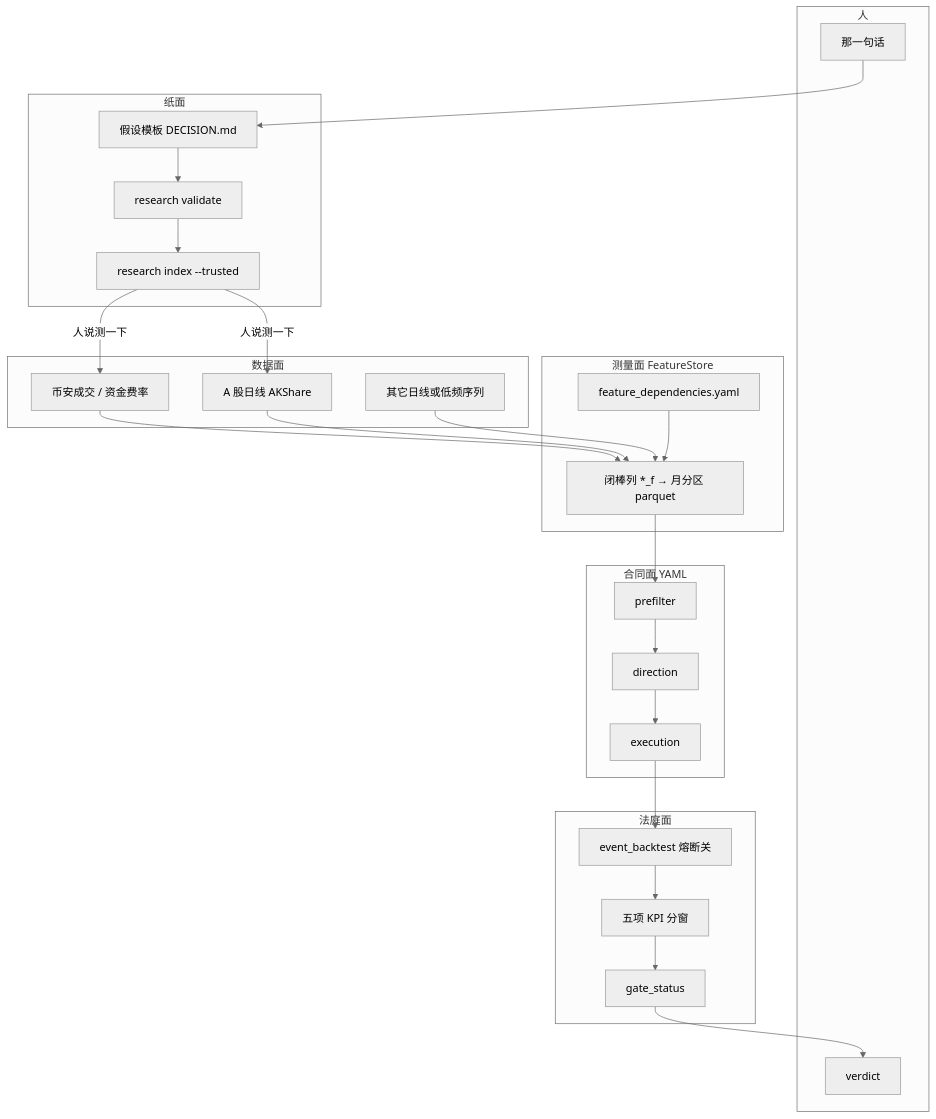
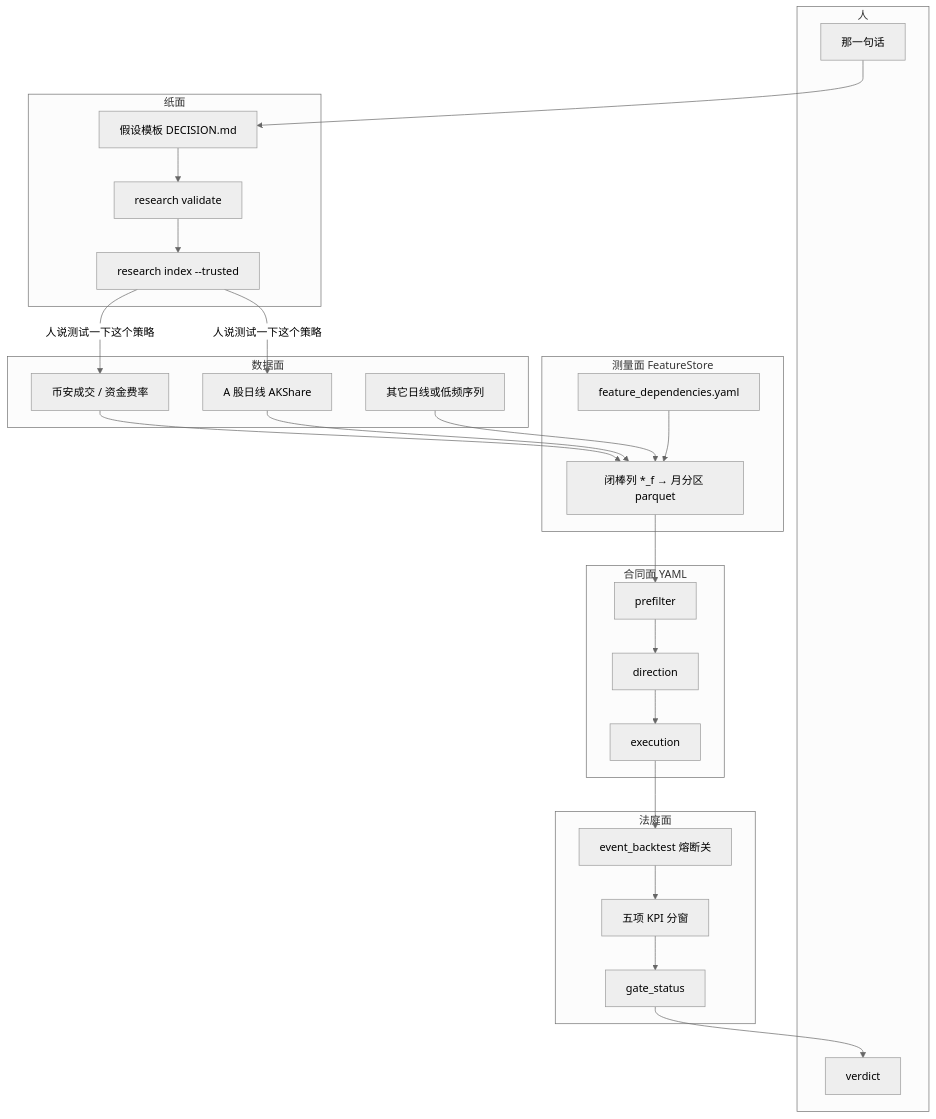
The first of 2 diagrams in docs/framework.md (TradeEdgeX/interpretable-ml-trading), drawn with Mermaid (neutral theme) before and after one commit. The commit also changed other lines of this file and 48 other files, not shown here.

````diff
--- a/docs/framework.md
+++ b/docs/framework.md
@@ -16,41 +16,41 @@
 ```mermaid
 flowchart TB
   subgraph human [人]
     S[那一句话]
     V[verdict]
   end
   subgraph paper [纸面]
     T[假设模板 DECISION.md]
     VAL[research validate]
     IDX[research index --trusted]
   end
   subgraph data [数据面]
     D1[币安成交 / 资金费率]
     D2[A 股日线 AKShare]
     D3[其它日线或低频序列]
   end
   subgraph fs [测量面 FeatureStore]
     DAG[feature_dependencies.yaml]
     COL["闭棒列 *_f → 月分区 parquet"]
   end
   subgraph contract [合同面 YAML]
     PF[prefilter]
     DIR[direction]
     EX[execution]
   end
   subgraph court [法庭面]
     EB[event_backtest 熔断关]
     KPI[五项 KPI 分窗]
     G[gate_status]
   end
   S --> T --> VAL
   VAL --> IDX
-  IDX -->|人说测一下| D1
-  IDX -->|人说测一下| D2
+  IDX -->|人说测试一下这个策略| D1
+  IDX -->|人说测试一下这个策略| D2
   D1 --> COL
   D2 --> COL
   D3 --> COL
   DAG --> COL
   COL --> PF --> DIR --> EX --> EB
   EB --> KPI --> G --> V
 ```
````
